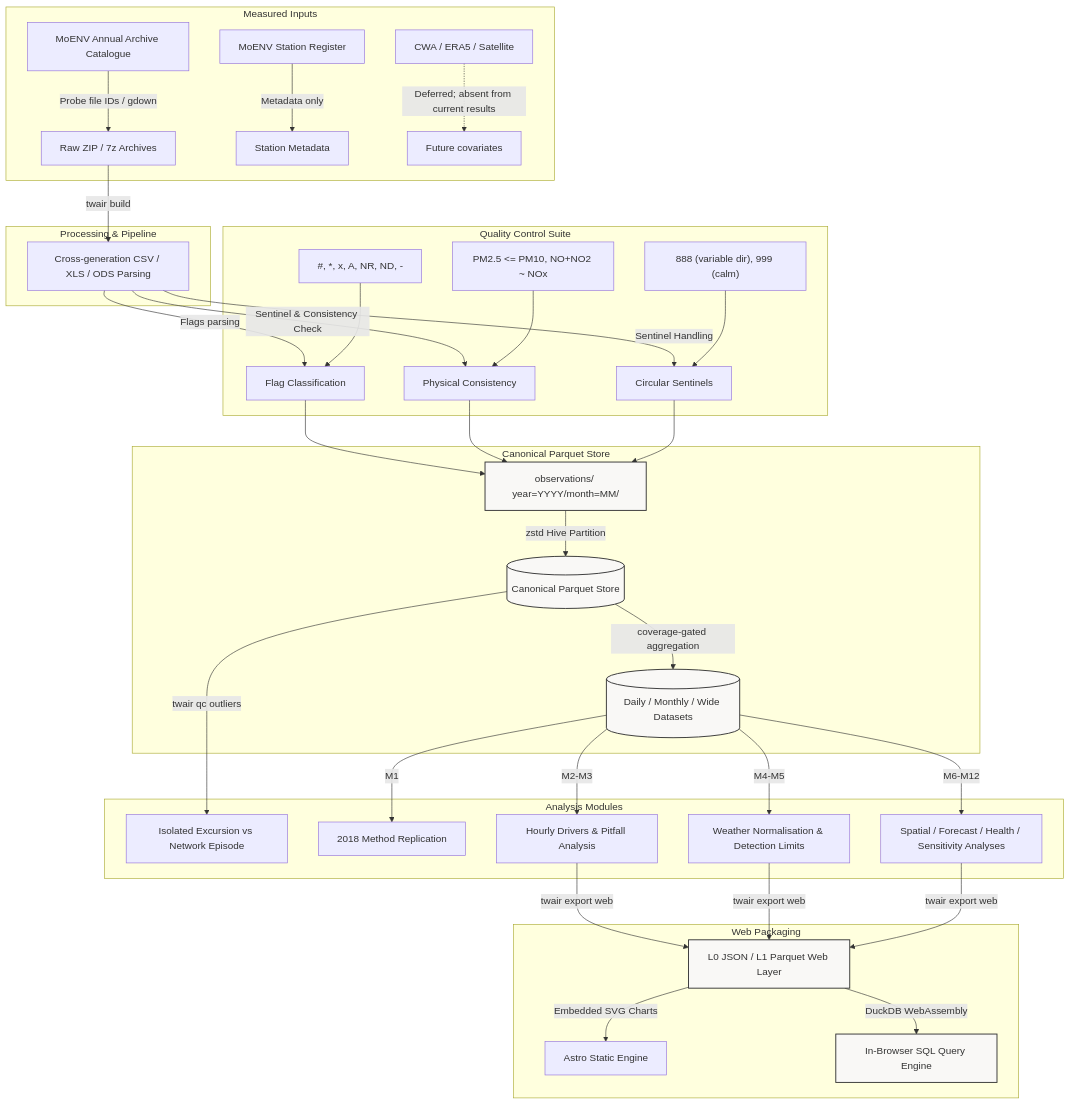
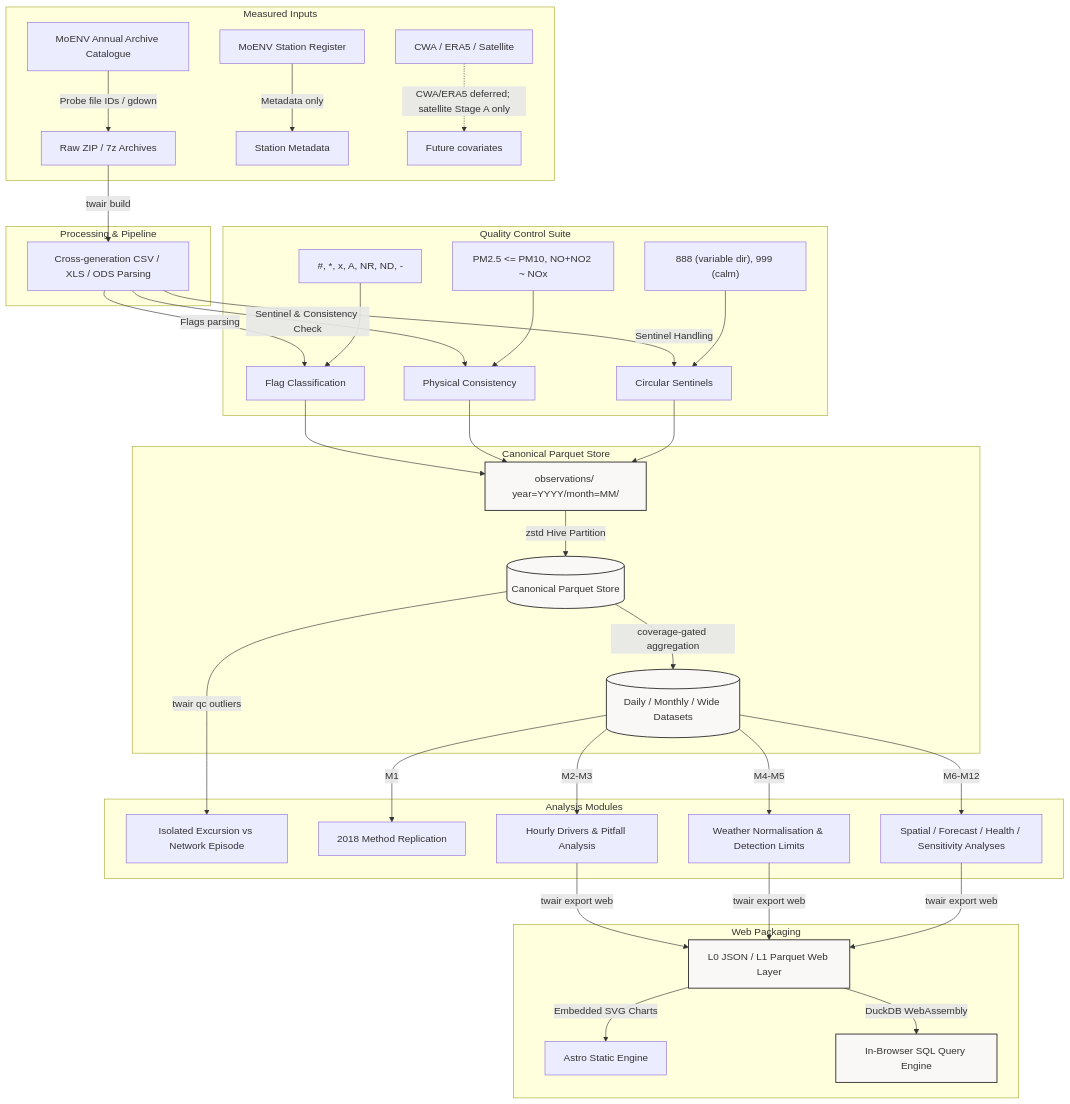
Before and after one commit to kuotunyu/air-quality: the diagram in README.en.md, drawn with Mermaid. The commit also changed other lines of this file and 3 other files, not shown here.

````diff
--- a/README.en.md
+++ b/README.en.md
@@ -71,44 +71,44 @@
 ```mermaid
 flowchart TD
     subgraph Data Sources [Measured Inputs]
         A[MoENV Annual Archive Catalogue] -->|Probe file IDs / gdown| D[Raw ZIP / 7z Archives]
         B[MoENV Station Register] -->|Metadata only| S[Station Metadata]
-        C[CWA / ERA5 / Satellite] -.->|Deferred; absent from current results| X[Future covariates]
+        C[CWA / ERA5 / Satellite] -.->|CWA/ERA5 deferred; satellite Stage A only| X[Future covariates]
     end
 
     subgraph Ingestion [Processing & Pipeline]
         D -->|twair build| G[Cross-generation CSV / XLS / ODS Parsing]
     end
 
     subgraph QC [Quality Control Suite]
         G -->|Flags parsing| H[Flag Classification]
         H_flag["#, *, x, A, NR, ND, -"] --> H
         G -->|Sentinel & Consistency Check| I[Physical Consistency]
         I_check["PM2.5 <= PM10, NO+NO2 ~ NOx"] --> I
         G -->|Sentinel Handling| J[Circular Sentinels]
         J_set["888 (variable dir), 999 (calm)"] --> J
     end
 
     subgraph Storage [Canonical Parquet Store]
         H & I & J --> K[observations/ year=YYYY/month=MM/]
         K -->|zstd Hive Partition| L[(Canonical Parquet Store)]
         L -->|coverage-gated aggregation| M[(Daily / Monthly / Wide Datasets)]
     end
 
     subgraph Analytics [Analysis Modules]
         L -->|twair qc outliers| N_out[Isolated Excursion vs Network Episode]
         M -->|M1| N[2018 Method Replication]
         M -->|M2-M3| O[Hourly Drivers & Pitfall Analysis]
         M -->|M4-M5| P[Weather Normalisation & Detection Limits]
         M -->|M6-M12| T[Spatial / Forecast / Health / Sensitivity Analyses]
     end
 
     subgraph Export [Web Packaging]
         O & P & T -->|twair export web| Q_json[L0 JSON / L1 Parquet Web Layer]
         Q_json -->|Embedded SVG Charts| R_astro[Astro Static Engine]
         Q_json -->|DuckDB WebAssembly| S_wasm[In-Browser SQL Query Engine]
     end
 
     classDef tech fill:#f9f8f6,stroke:#333,stroke-width:1.5px;
     class K,L,M,Q_json,S_wasm tech;
 ```
````
